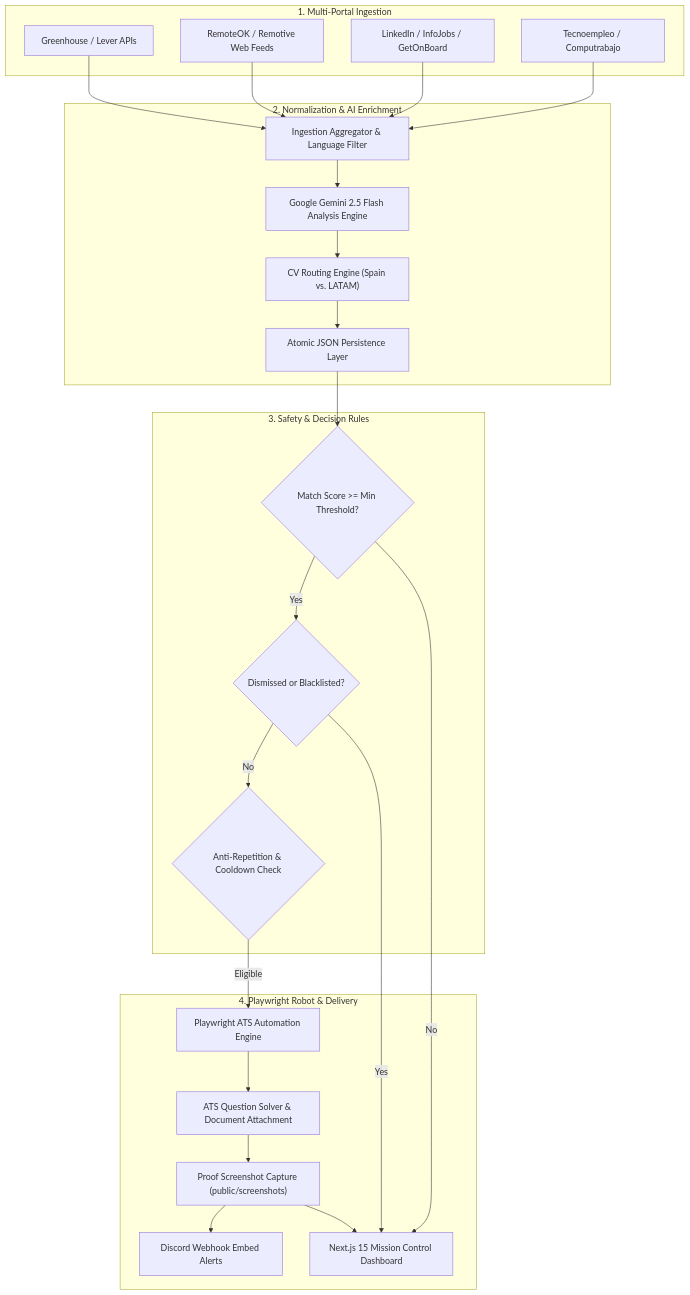
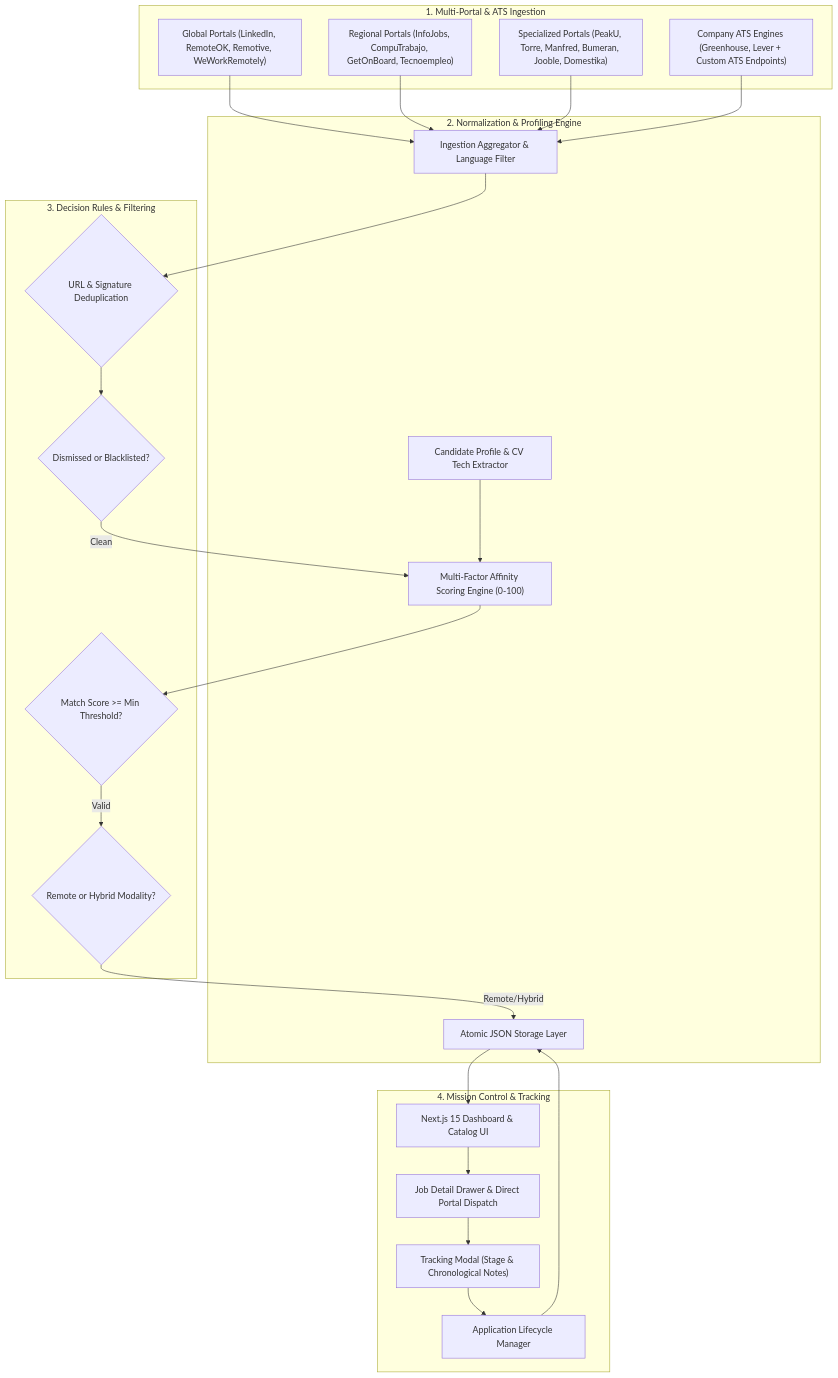
The diagram in README.md (DiegoVilla27/sift-system), drawn with Mermaid before and after one commit. The commit also changed other lines of this file and 84 other files, not shown here.

First line of the commit message:
feat(architecture): streamline ingestion with 20+ connectors and application tracking

````diff
--- a/README.md
+++ b/README.md
@@ -34,45 +33,44 @@
 ```mermaid
 flowchart TD
-    subgraph Sourcing ["1. Multi-Portal Ingestion"]
-        P1["Greenhouse / Lever APIs"]
-        P2["RemoteOK / Remotive Web Feeds"]
-        P3["LinkedIn / InfoJobs / GetOnBoard"]
-        P4["Tecnoempleo / Computrabajo"]
+    subgraph Sourcing ["1. Multi-Portal & ATS Ingestion"]
+        P1["Global Portals (LinkedIn, RemoteOK, Remotive, WeWorkRemotely)"]
+        P2["Regional Portals (InfoJobs, CompuTrabajo, GetOnBoard, Tecnoempleo)"]
+        P3["Specialized Portals (PeakU, Torre, Manfred, Bumeran, Jooble, Domestika)"]
+        P4["Company ATS Engines (Greenhouse, Lever + Custom ATS Endpoints)"]
     end
 
-    subgraph Pipeline ["2. Normalization & AI Enrichment"]
+    subgraph Pipeline ["2. Normalization & Profiling Engine"]
         ING["Ingestion Aggregator & Language Filter"]
-        GEMINI["Google Gemini 2.5 Flash Analysis Engine"]
-        DISPATCH["CV Routing Engine (Spain vs. LATAM)"]
-        STORE["Atomic JSON Persistence Layer"]
+        PROFILE["Candidate Profile & CV Tech Extractor"]
+        MATCH["Multi-Factor Affinity Scoring Engine (0-100)"]
+        STORE["Atomic JSON Storage Layer"]
     end
 
-    subgraph Governance ["3. Safety & Decision Rules"]
-        COOLDOWN{"Anti-Repetition & Cooldown Check"}
+    subgraph Governance ["3. Decision Rules & Filtering"]
+        DEDUP{"URL & Signature Deduplication"}
+        DISMISSED{"Dismissed or Blacklisted?"}
         SCORE{"Match Score >= Min Threshold?"}
-        DISMISSED{"Dismissed or Blacklisted?"}
+        MODAL{"Remote or Hybrid Modality?"}
     end
 
-    subgraph Execution ["4. Playwright Robot & Delivery"]
-        ATS["Playwright ATS Automation Engine"]
-        SOLVER["ATS Question Solver & Document Attachment"]
-        PROOF["Proof Screenshot Capture (public/screenshots)"]
-        NOTIFY["Discord Webhook Embed Alerts"]
-        UI["Next.js 15 Mission Control Dashboard"]
+    subgraph Management ["4. Mission Control & Tracking"]
+        UI["Next.js 15 Dashboard & Catalog UI"]
+        DRAWER["Job Detail Drawer & Direct Portal Dispatch"]
+        TRACK["Tracking Modal (Stage & Chronological Notes)"]
+        APPS["Application Lifecycle Manager"]
     end
 
     P1 & P2 & P3 & P4 --> ING
-    ING --> GEMINI
-    GEMINI --> DISPATCH
-    DISPATCH --> STORE
-    STORE --> SCORE
-    SCORE -- Yes --> DISMISSED
-    SCORE -- No --> UI
-    DISMISSED -- No --> COOLDOWN
-    DISMISSED -- Yes --> UI
-    COOLDOWN -- Eligible --> ATS
-    ATS --> SOLVER
-    SOLVER --> PROOF
-    PROOF --> NOTIFY
-    PROOF --> UI
+    ING --> DEDUP
+    DEDUP --> DISMISSED
+    DISMISSED -- Clean --> MATCH
+    PROFILE --> MATCH
+    MATCH --> SCORE
+    SCORE -- Valid --> MODAL
+    MODAL -- Remote/Hybrid --> STORE
+    STORE --> UI
+    UI --> DRAWER
+    DRAWER --> TRACK
+    TRACK --> APPS
+    APPS --> STORE
 ```
````
